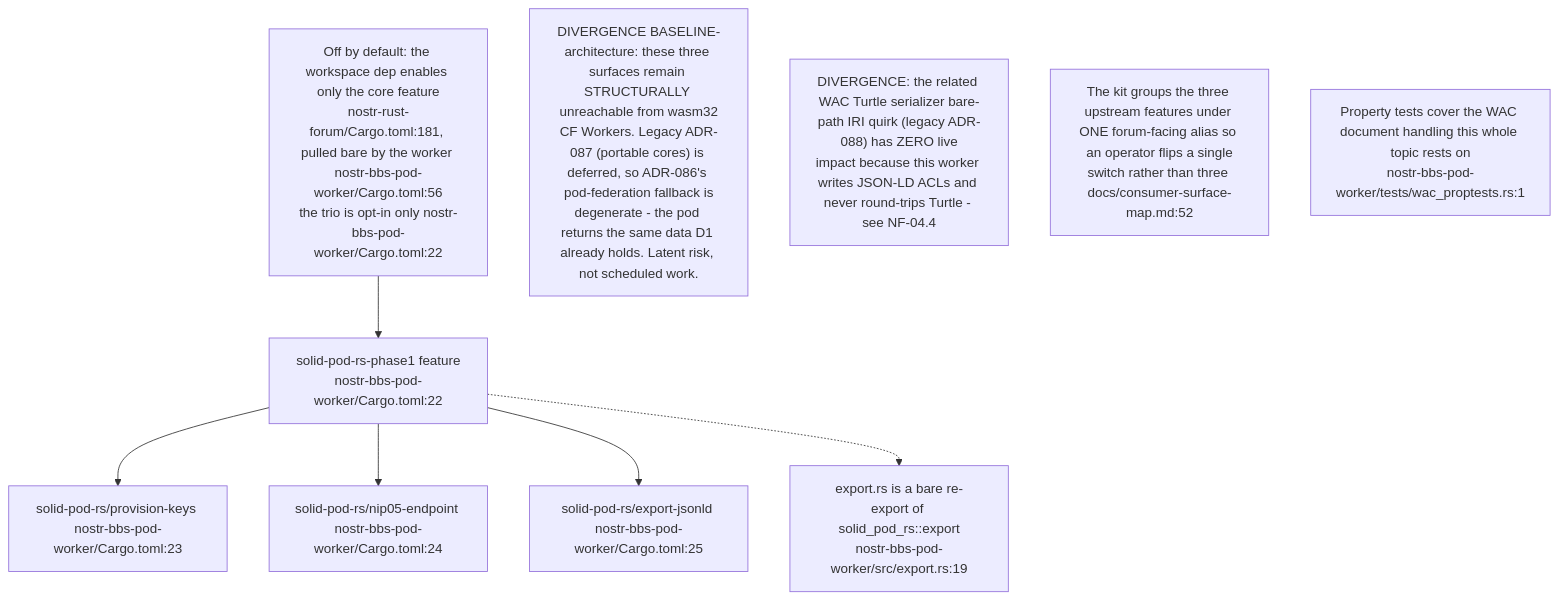
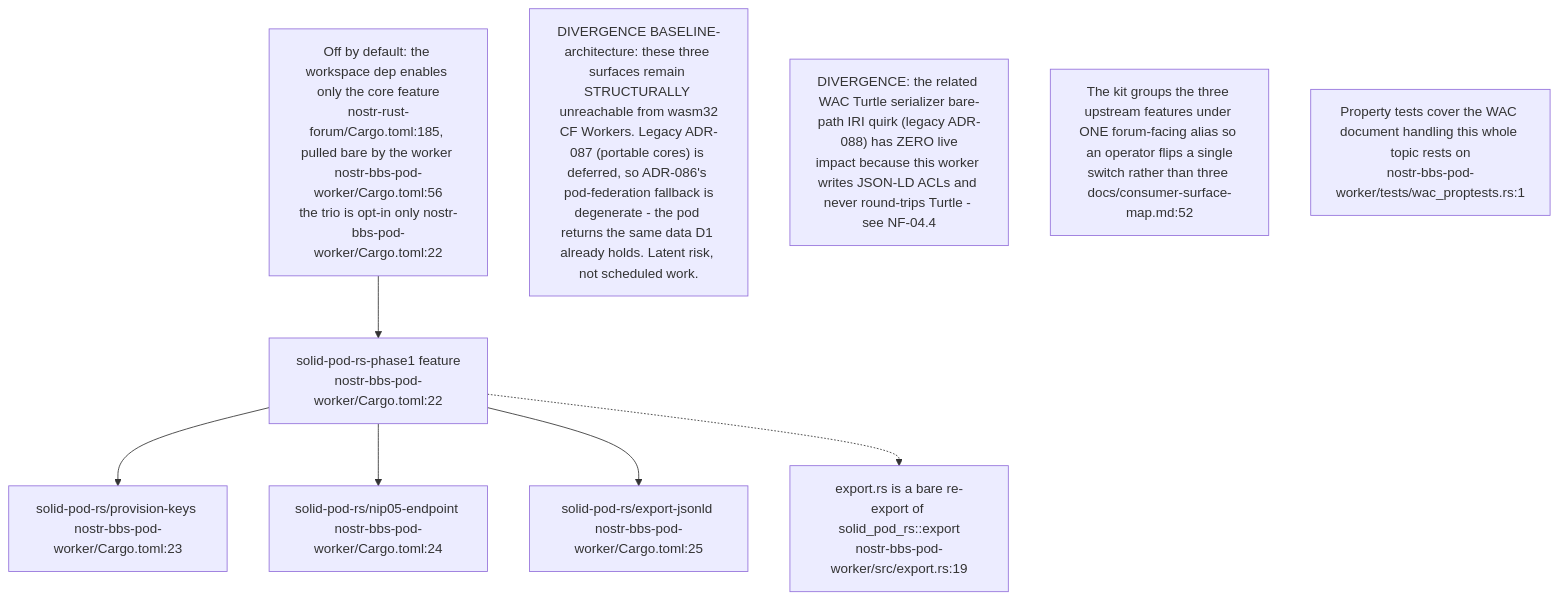
One commit to DreamLab-AI/VisionFlow changed the ninth of 10 diagrams in docs/diagrams/nostr-rust-forum/04-pod-worker-ldp-wac-and-delegation.md. Above: the diagram before and after it, drawn with Mermaid. The commit also changed other lines of this file and 160 other files, not shown here.

````diff
--- a/docs/diagrams/nostr-rust-forum/04-pod-worker-ldp-wac-and-delegation.md
+++ b/docs/diagrams/nostr-rust-forum/04-pod-worker-ldp-wac-and-delegation.md
@@ -260,18 +264,18 @@
 ```mermaid
 flowchart TB
     FEAT["solid-pod-rs-phase1 feature<br/>nostr-bbs-pod-worker/Cargo.toml:22"]
     F1["solid-pod-rs/provision-keys nostr-bbs-pod-worker/Cargo.toml:23"]
     F2["solid-pod-rs/nip05-endpoint nostr-bbs-pod-worker/Cargo.toml:24"]
     F3["solid-pod-rs/export-jsonld nostr-bbs-pod-worker/Cargo.toml:25"]
     EXPORT["export.rs is a bare re-export of solid_pod_rs::export<br/>nostr-bbs-pod-worker/src/export.rs:19"]
-    STATE["Off by default: the workspace dep enables only the core feature<br/>nostr-rust-forum/Cargo.toml:181, pulled bare by the worker nostr-bbs-pod-worker/Cargo.toml:56<br/>the trio is opt-in only nostr-bbs-pod-worker/Cargo.toml:22"]
+    STATE["Off by default: the workspace dep enables only the core feature<br/>nostr-rust-forum/Cargo.toml:185, pulled bare by the worker nostr-bbs-pod-worker/Cargo.toml:56<br/>the trio is opt-in only nostr-bbs-pod-worker/Cargo.toml:22"]
 
     FEAT --> F1 & F2 & F3
     FEAT -.-> EXPORT
     STATE --> FEAT
 
     N1["DIVERGENCE BASELINE-architecture: these three surfaces remain STRUCTURALLY unreachable from wasm32<br/>CF Workers. Legacy ADR-087 (portable cores) is deferred, so ADR-086's pod-federation fallback is<br/>degenerate - the pod returns the same data D1 already holds. Latent risk, not scheduled work."]
     N2["DIVERGENCE: the related WAC Turtle serializer bare-path IRI quirk (legacy ADR-088) has ZERO live<br/>impact because this worker writes JSON-LD ACLs and never round-trips Turtle - see NF-04.4"]
     N3["The kit groups the three upstream features under ONE forum-facing alias so an operator flips a single<br/>switch rather than three docs/consumer-surface-map.md:52"]
     N4["Property tests cover the WAC document handling this whole topic rests on<br/>nostr-bbs-pod-worker/tests/wac_proptests.rs:1"]
 ```
````
